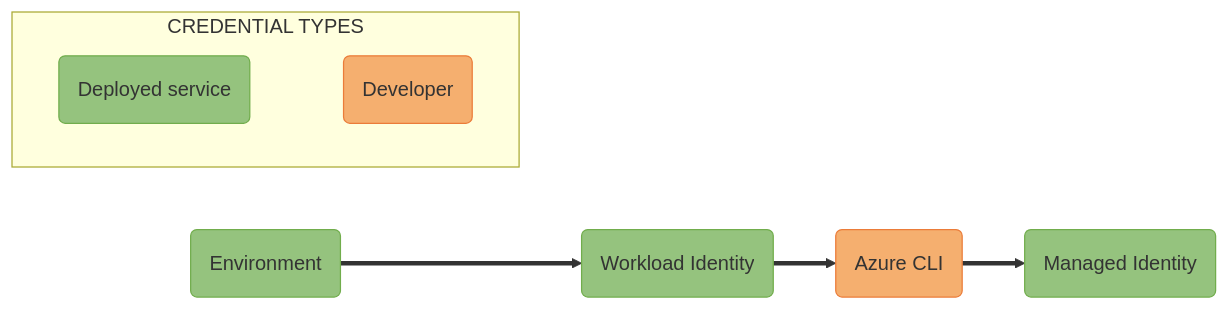
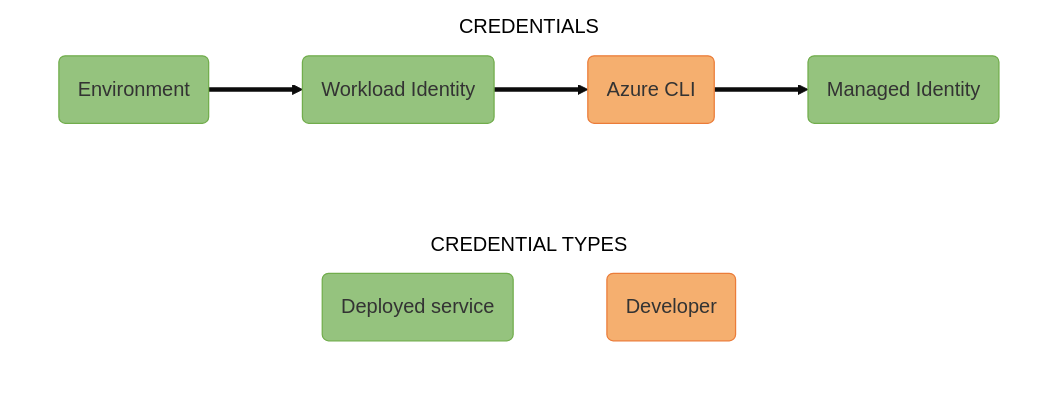
One commit to Azure/azure-sdk-for-cpp changed the diagram in sdk/identity/azure-identity/img/mermaidjs/DefaultAzureCredentialAuthFlow.md. Above: the diagram before and after it, drawn with Mermaid. The commit also changed 1 other file, not shown here.

Commit message:
Reformat DefaultAzureCredential flow chart

````diff
--- a/sdk/identity/azure-identity/img/mermaidjs/DefaultAzureCredentialAuthFlow.md
+++ b/sdk/identity/azure-identity/img/mermaidjs/DefaultAzureCredentialAuthFlow.md
@@ -1,19 +1,32 @@
 ```mermaid
 %% STEPS TO GENERATE IMAGE
 %% =======================
-%% 1. Install mermaid CLI (see https://github.com/mermaid-js/mermaid-cli/blob/master/README.md)
-%%    v10.0.2 is known good for our process. npm install -g @mermaid-js/mermaid-cli@10.0.2
+%% 1. Install mermaid CLI v10.9.1 (see https://github.com/mermaid-js/mermaid-cli/blob/master/README.md):
+%%    npm i -g @mermaid-js/mermaid-cli@10.9.1
 %% 2. Run command: mmdc -i DefaultAzureCredentialAuthFlow.md -o DefaultAzureCredentialAuthFlow.svg
 
+%%{
+  init: {
+    'theme': 'base',
+    'themeVariables': {
+      'tertiaryBorderColor': '#fff',
+      'tertiaryColor': '#fff'
+    }
+  }
+}%%
+
 flowchart LR;
-    A(Environment):::deployed ==> B(Workload Identity):::deployed ==> C(Azure CLI):::developer ==> D(Managed Identity):::deployed;
-
     subgraph CREDENTIAL TYPES;
         direction LR;
         Deployed(Deployed service):::deployed ~~~ Developer(Developer):::developer;
+    end;
+
+    subgraph CREDENTIALS;
+        direction LR;
+        A(Environment):::deployed ==> B(Workload Identity):::deployed ==> C(Azure CLI):::developer ==> D(Managed Identity):::deployed;
     end;
 
     %% Define styles for credential type boxes
     classDef deployed fill:#95C37E, stroke:#71AD4C;
     classDef developer fill:#F5AF6F, stroke:#EB7C39;
 ```
````
